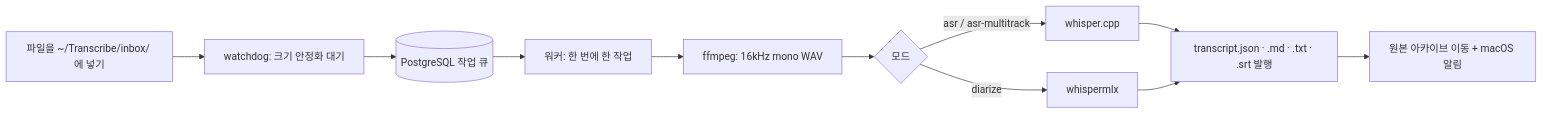
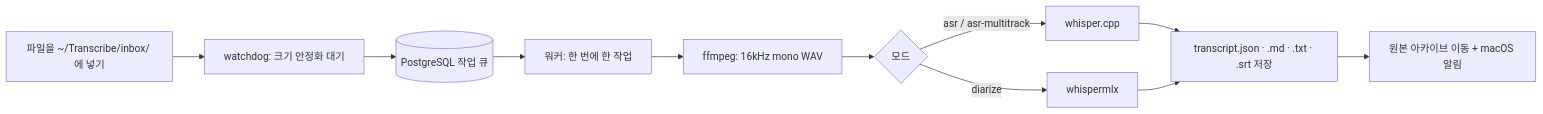
The diagram in README.ko.md (Chuseok22/transcribe-inbox), drawn with Mermaid before and after one commit. The commit also changed other lines of this file and 2 other files, not shown here.

````diff
--- a/README.ko.md
+++ b/README.ko.md
@@ -34,13 +34,13 @@
 ```mermaid
 flowchart LR
   A["파일을 ~/Transcribe/inbox/ 에 넣기"] --> B["watchdog: 크기 안정화 대기"]
   B --> C[("PostgreSQL 작업 큐")]
   C --> D["워커: 한 번에 한 작업"]
   D --> E["ffmpeg: 16kHz mono WAV"]
   E --> F{"모드"}
   F -->|"asr / asr-multitrack"| G["whisper.cpp"]
   F -->|"diarize"| H["whispermlx"]
-  G --> I["transcript.json · .md · .txt · .srt 발행"]
+  G --> I["transcript.json · .md · .txt · .srt 저장"]
   H --> I
   I --> J["원본 아카이브 이동 + macOS 알림"]
 ```
````
